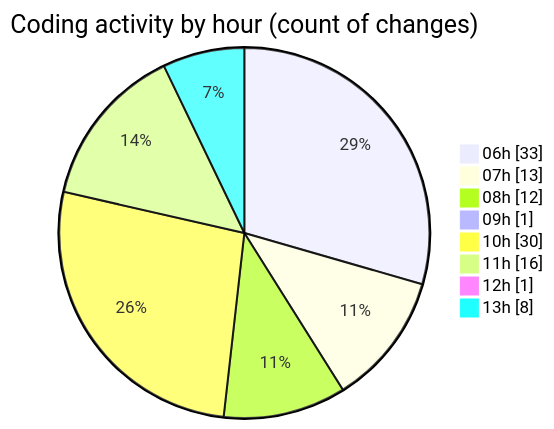
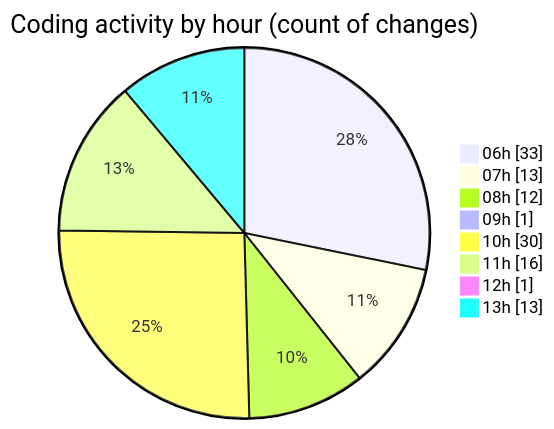
Before and after one commit to charlie-sans/code-tracking: the second of 2 diagrams in 2025-02-21/micros/README.md, drawn with Mermaid. The commit also changed other lines of this file and 1 other file, not shown here.

````diff
--- a/2025-02-21/micros/README.md
+++ b/2025-02-21/micros/README.md
@@ -87,12 +88,12 @@
 ```mermaid
 pie showData
 title Coding activity by hour (count of changes)
 "06h" : 33
 "07h" : 13
 "08h" : 12
 "09h" : 1
 "10h" : 30
 "11h" : 16
 "12h" : 1
-"13h" : 8
+"13h" : 13
 ```
````
